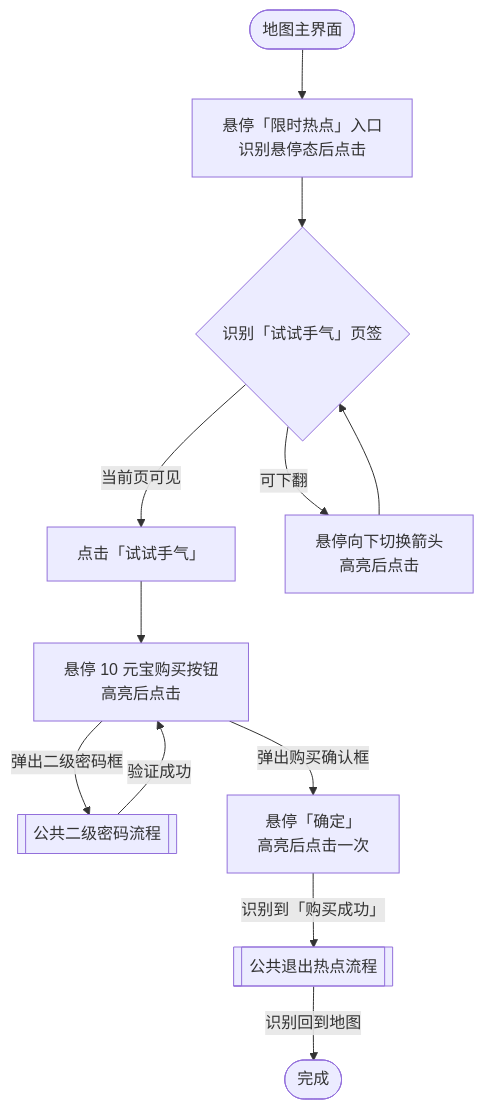
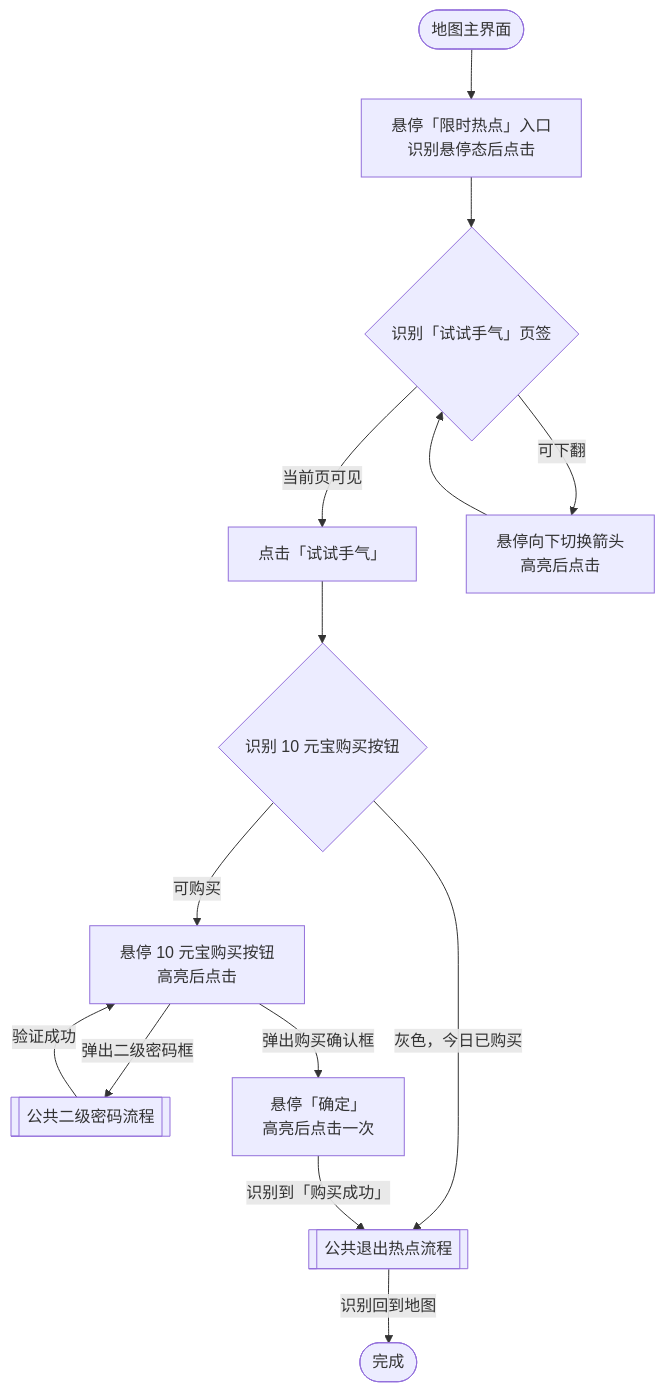
The diagram in docs/zh_cn/流程图/试试手气.md (ArcherSore/MaaNOP), drawn with Mermaid before and after one commit. The commit also changed 1 other file, not shown here.

Commit message:
fix(events): 试试手气识别已购买后退出

````diff
--- a/docs/zh_cn/流程图/试试手气.md
+++ b/docs/zh_cn/流程图/试试手气.md
@@ -5,14 +5,16 @@
 ```mermaid
 flowchart TD
     Start([地图主界面]) --> Open["悬停「限时热点」入口<br/>识别悬停态后点击"]
     Open --> Tabs{"识别「试试手气」页签"}
     Tabs -->|当前页可见| Select["点击「试试手气」"]
     Tabs -->|可下翻| Scroll["悬停向下切换箭头<br/>高亮后点击"]
     Scroll --> Tabs
-    Select --> Buy["悬停 10 元宝购买按钮<br/>高亮后点击"]
+    Select --> BuyState{"识别 10 元宝购买按钮"}
+    BuyState -->|灰色，今日已购买| Exit[["公共退出热点流程"]]
+    BuyState -->|可购买| Buy["悬停 10 元宝购买按钮<br/>高亮后点击"]
     Buy -->|弹出二级密码框| Password[["公共二级密码流程"]]
     Password -->|验证成功| Buy
     Buy -->|弹出购买确认框| Confirm["悬停「确定」<br/>高亮后点击一次"]
-    Confirm -->|识别到「购买成功」| Exit[["公共退出热点流程"]]
+    Confirm -->|识别到「购买成功」| Exit
     Exit -->|识别回到地图| Done([完成])
 ```
````
